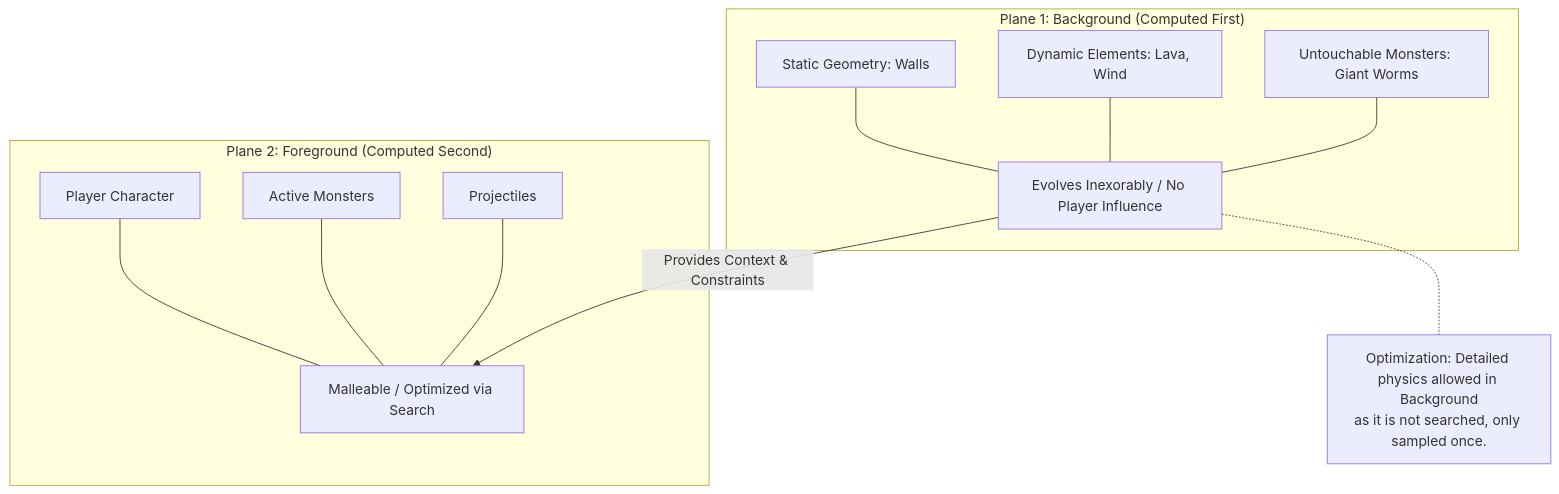
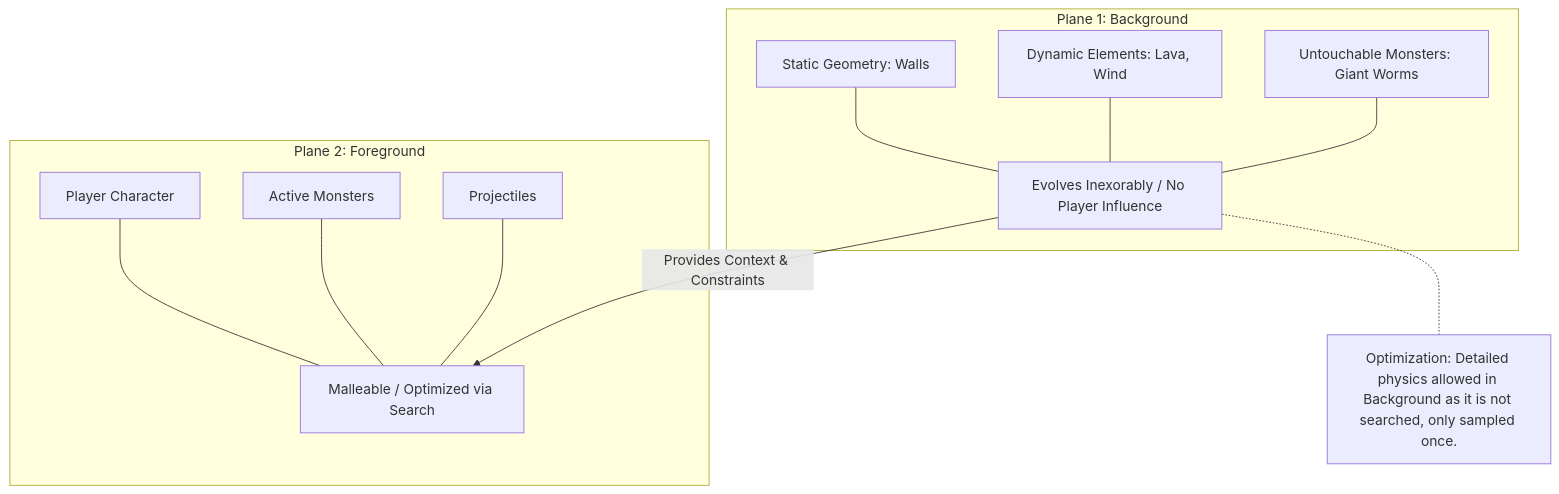
One commit to SamiPerttu/funtor changed the third of 7 diagrams in README.md. Above: the diagram before and after it, drawn with Mermaid. The commit also changed other lines of this file, not shown here.

````diff
--- a/README.md
+++ b/README.md
@@ -234,23 +236,23 @@
 ```mermaid
   graph TD
-    subgraph "Plane 1: Background (Computed First)"
+    subgraph "Plane 1: Background"
     B1[Static Geometry: Walls]
     B2[Dynamic Elements: Lava, Wind]
     B3[Untouchable Monsters: Giant Worms]
     B_Logic[Evolves Inexorably / No Player Influence]
     B1 & B2 & B3 --- B_Logic
     end
 
-    subgraph "Plane 2: Foreground (Computed Second)"
+    subgraph "Plane 2: Foreground"
     F1[Player Character]
     F2[Active Monsters]
     F3[Projectiles]
     F_Logic[Malleable / Optimized via Search]
     F1 & F2 & F3 --- F_Logic
     end
 
     B_Logic -->|Provides Context & Constraints| F_Logic
     
-    note[Optimization: Detailed physics allowed in Background\nas it is not searched, only sampled once.]
+    note[Optimization: Detailed physics allowed in Background as it is not searched, only sampled once.]
     B_Logic -.- note
 ```
````
